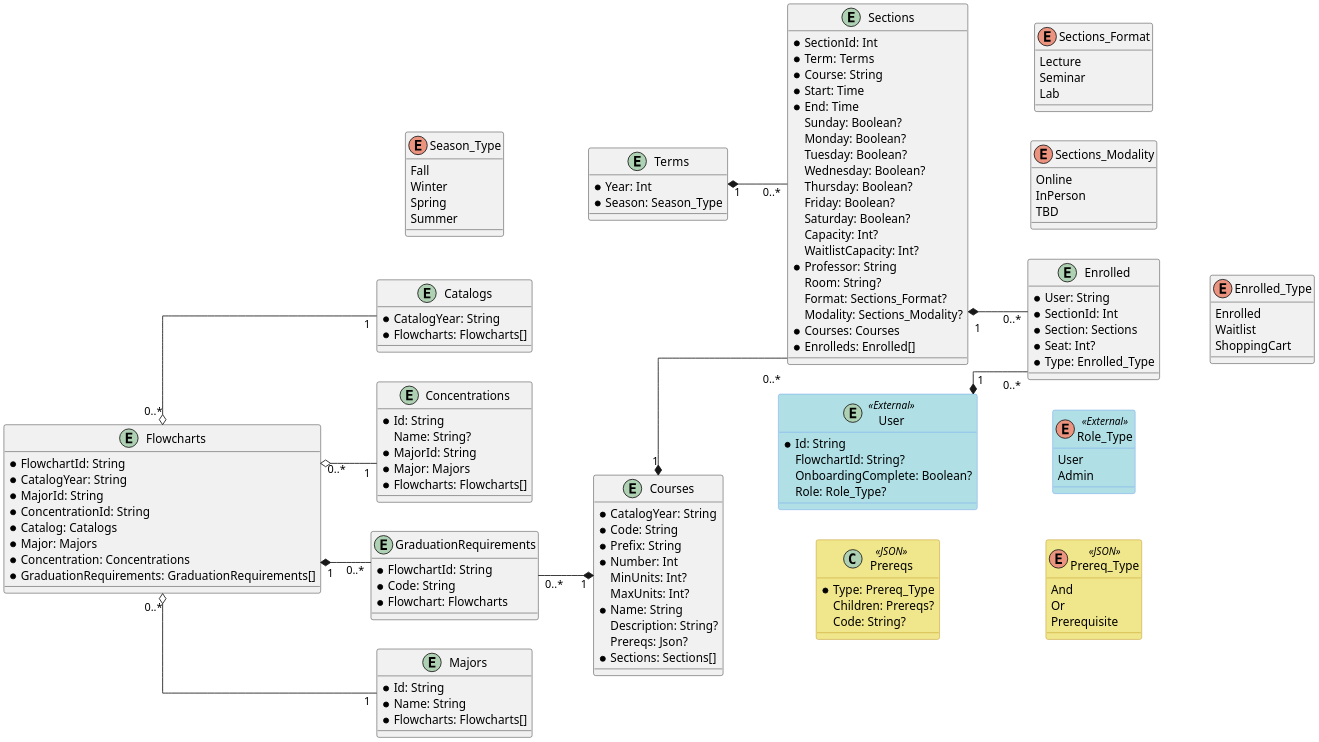
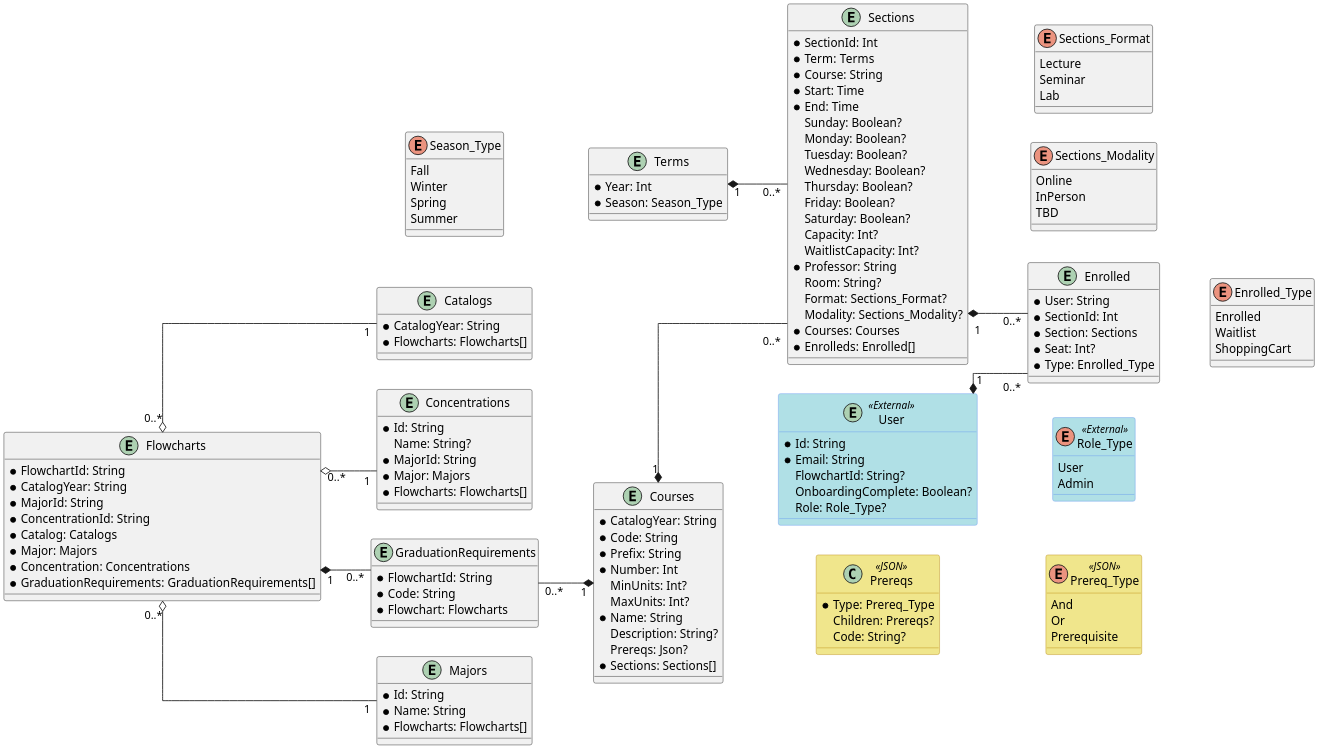
Before and after one commit to IdoPesok/enroller: the diagram in client/prisma/uml.pu, drawn with PlantUML.

Commit message:
add email to clerk on uml (#85)

```diff
--- a/client/prisma/uml.pu
+++ b/client/prisma/uml.pu
@@ -1,167 +1,168 @@
 @startuml uml
 skinparam linetype ortho
 skinparam Dpi 192
 
 skinparam class {
   BackgroundColor<<External>> PowderBlue
   BorderColor<<External>> CornflowerBlue
   BackgroundColor<<JSON>> Khaki
   BorderColor<<JSON>> DarkGoldenRod
 }
 
 left to right direction
 
 enum Sections_Format {
   Lecture
   Seminar
   Lab
 }
 
 enum Sections_Modality {
   Online
   InPerson
   TBD
 }
 
 enum Enrolled_Type {
   Enrolled
   Waitlist
   ShoppingCart
 }
 
 entity Courses {
   * CatalogYear: String
   * Code: String
   * Prefix: String
   * Number: Int
   MinUnits: Int?
   MaxUnits: Int?
   * Name: String
   Description: String?
   Prereqs: Json?
   * Sections: Sections[]
 }
 
 ' Unifed here but not in schema yet
 entity Enrolled {
   * User: String
   * SectionId: Int
   * Section: Sections
   * Seat: Int?
   * Type: Enrolled_Type
 }
 
 entity Terms {
   * Year: Int
   * Season: Season_Type
 }
 
 enum Season_Type {
   Fall
   Winter
   Spring
   Summer
 }
 
 entity Sections {
   * SectionId: Int
   * Term: Terms
   * Course: String
   * Start: Time
   * End: Time
   Sunday: Boolean?
   Monday: Boolean?
   Tuesday: Boolean?
   Wednesday: Boolean?
   Thursday: Boolean?
   Friday: Boolean?
   Saturday: Boolean?
   Capacity: Int?
   WaitlistCapacity: Int?
   * Professor: String
   Room: String?
   Format: Sections_Format?
   Modality: Sections_Modality?
   * Courses: Courses
   * Enrolleds: Enrolled[]
 }
 
 entity Flowcharts {
   * FlowchartId: String
   * CatalogYear: String
   * MajorId: String
   * ConcentrationId: String
   * Catalog: Catalogs
   * Major: Majors
   * Concentration: Concentrations
   * GraduationRequirements: GraduationRequirements[]
 }
 
 entity Catalogs {
   * CatalogYear: String
   * Flowcharts: Flowcharts[]
 }
 
 entity Concentrations {
   * Id: String
   Name: String?
   * MajorId: String
   * Major: Majors
   * Flowcharts: Flowcharts[]
 }
 
 entity GraduationRequirements {
   * FlowchartId: String
   * Code: String
   * Flowchart: Flowcharts
 }
 
 entity Majors {
   * Id: String
   * Name: String
   * Flowcharts: Flowcharts[]
 }
 
 entity User <<External>> {
   * Id: String
+  * Email: String
   FlowchartId: String?
   OnboardingComplete: Boolean?
   Role: Role_Type?
 }
 
 enum Role_Type <<External>> {
   User
   Admin
 }
 
 class Prereqs <<JSON>> {
   * Type: Prereq_Type
   Children: Prereqs?
   Code: String?
 }
 
 enum Prereq_Type <<JSON>> {
   And
   Or
   Prerequisite
 }
 
 
 Courses "1" *-- "0..*" Sections
 Terms "1" *-- "0..*" Sections
 Sections "1" *-- "0..*" Enrolled
 Flowcharts "0..*" o-- "1" Catalogs
 Flowcharts "0..*" o-- "1" Concentrations
 Flowcharts "0..*" o-- "1" Majors
 Flowcharts "1" *-- "0..*" GraduationRequirements
 GraduationRequirements "0..*"  --* "1" Courses
 User "1" *-- "0..*" Enrolled
 Enrolled -[hidden]- Enrolled_Type
 Sections -[hidden]- Sections_Format
 Sections -[hidden]- Sections_Modality
 User -[hidden]- Role_Type
 Prereqs -[hidden]- Prereq_Type
 Courses -[hidden]- Prereqs
 Terms -up[hidden]- Season_Type
 
 @enduml
```
